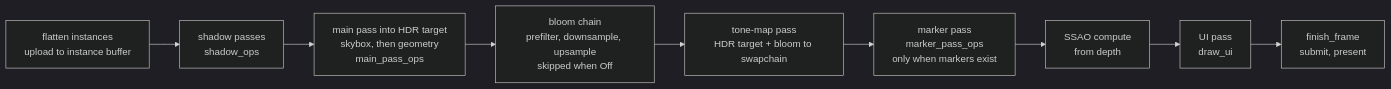
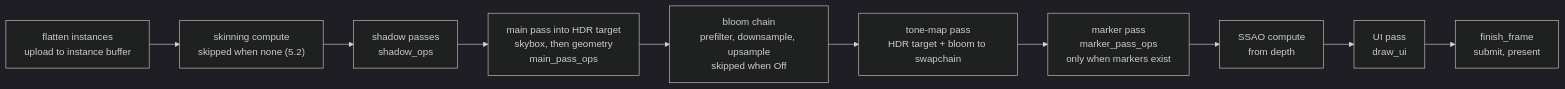
Before and after one commit to WrackedFella/moho: the third of 3 diagrams in wiki/architecture/rendering.md, drawn with Mermaid (dark theme). The commit also changed other lines of this file and 1 other file, not shown here.

First line of the commit message:
docs(wiki): skinned meshes, the skinning pass and its buffer layouts

````diff
--- a/wiki/architecture/rendering.md
+++ b/wiki/architecture/rendering.md
@@ -343,11 +366,12 @@
 ```mermaid
 flowchart LR
-    A["flatten instances<br/>upload to instance buffer"] --> B["shadow passes<br/>shadow_ops"]
+    A["flatten instances<br/>upload to instance buffer"] --> S["skinning compute<br/>skipped when none (5.2)"]
+    S --> B["shadow passes<br/>shadow_ops"]
     B --> C["main pass into HDR target<br/>skybox, then geometry<br/>main_pass_ops"]
     C --> L["bloom chain<br/>prefilter, downsample, upsample<br/>skipped when Off"]
     L --> T["tone-map pass<br/>HDR target + bloom to swapchain"]
     T --> K["marker pass<br/>marker_pass_ops<br/>only when markers exist"]
     K --> D["SSAO compute<br/>from depth"]
     D --> U["UI pass<br/>draw_ui"]
     U --> E["finish_frame<br/>submit, present"]
 ```
````
